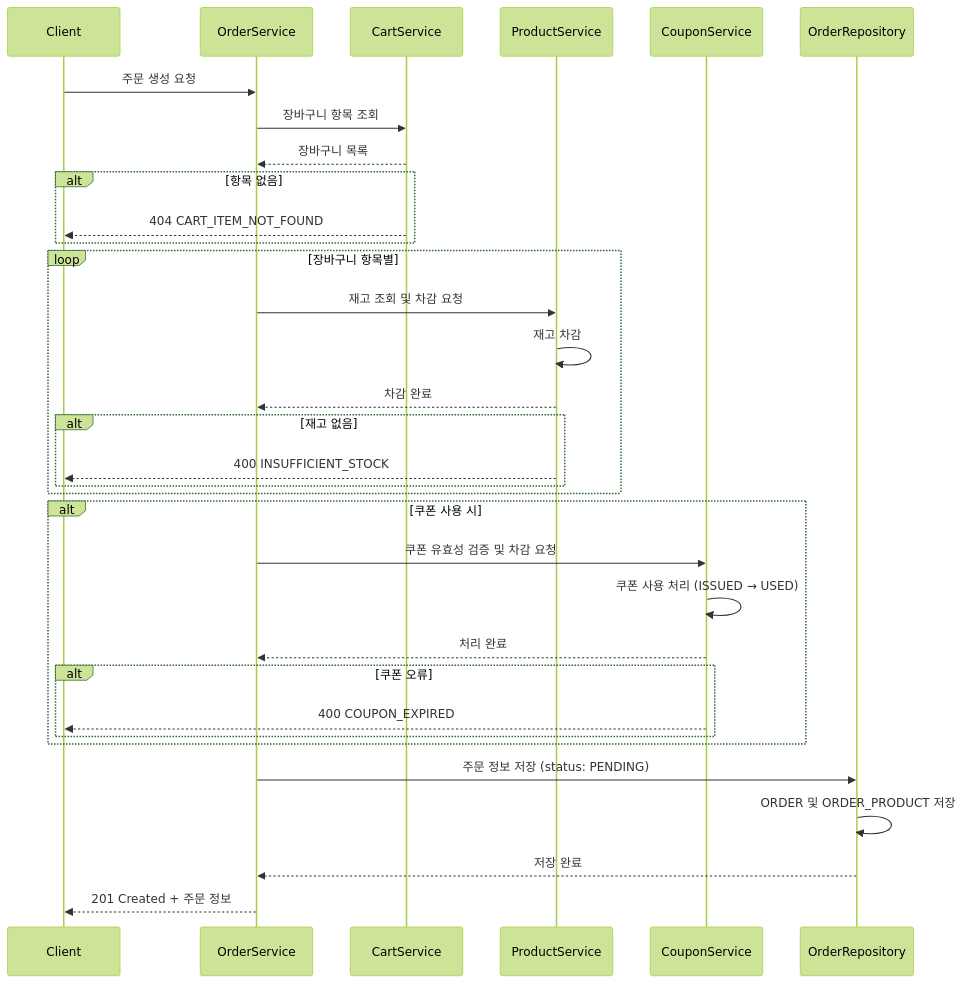
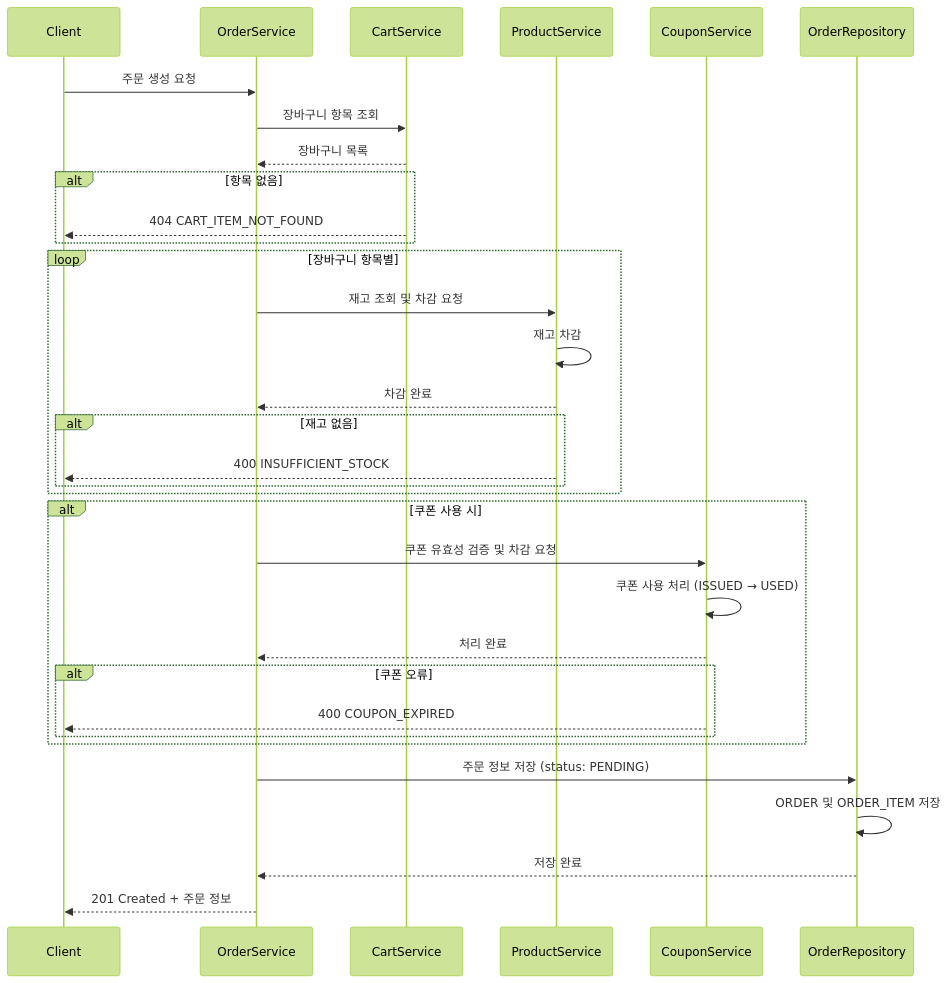
One commit to kimujin99/hhplus10_w2 changed the third of 4 diagrams in docs/sequence-diagram.md. Above: the diagram before and after it, drawn with Mermaid (forest theme). The commit also changed 1 other file, not shown here.

Commit message:
docs: 시퀀스 다이어그램 및 플로우차트 테이블명 변경
- ORDER_PRODUCT → ORDER_ITEM으로 변경
- docs/sequence-diagram.md: "ORDER 및 ORDER_ITEM 저장" 표기 수정
- docs/flowchart.md: "ORDER_ITEM 생성" 표기 수정

🤖 Generated with [Claude Code](https://claude.com/claude-code)

````diff
--- a/docs/sequence-diagram.md
+++ b/docs/sequence-diagram.md
@@ -84,40 +84,40 @@
 ```mermaid
 sequenceDiagram
     participant Client
     participant OrderService
     participant CartService
     participant ProductService
     participant CouponService
     participant OrderRepository
 
     Client->>OrderService: 주문 생성 요청
 
     OrderService->>CartService: 장바구니 항목 조회
     CartService-->>OrderService: 장바구니 목록
     alt 항목 없음
         CartService-->>Client: 404 CART_ITEM_NOT_FOUND
     end
 
     loop 장바구니 항목별
         OrderService->>ProductService: 재고 조회 및 차감 요청
         ProductService->>ProductService: 재고 차감
         ProductService-->>OrderService: 차감 완료
         alt 재고 없음
             ProductService-->>Client: 400 INSUFFICIENT_STOCK
         end
     end
 
     alt 쿠폰 사용 시
         OrderService->>CouponService: 쿠폰 유효성 검증 및 차감 요청
         CouponService->>CouponService: 쿠폰 사용 처리 (ISSUED → USED)
         CouponService-->>OrderService: 처리 완료
         alt 쿠폰 오류
             CouponService-->>Client: 400 COUPON_EXPIRED
         end
     end
 
     OrderService->>OrderRepository: 주문 정보 저장 (status: PENDING)
-    OrderRepository->>OrderRepository: ORDER 및 ORDER_PRODUCT 저장
+    OrderRepository->>OrderRepository: ORDER 및 ORDER_ITEM 저장
     OrderRepository-->>OrderService: 저장 완료
     OrderService-->>Client: 201 Created + 주문 정보
 ```
````
